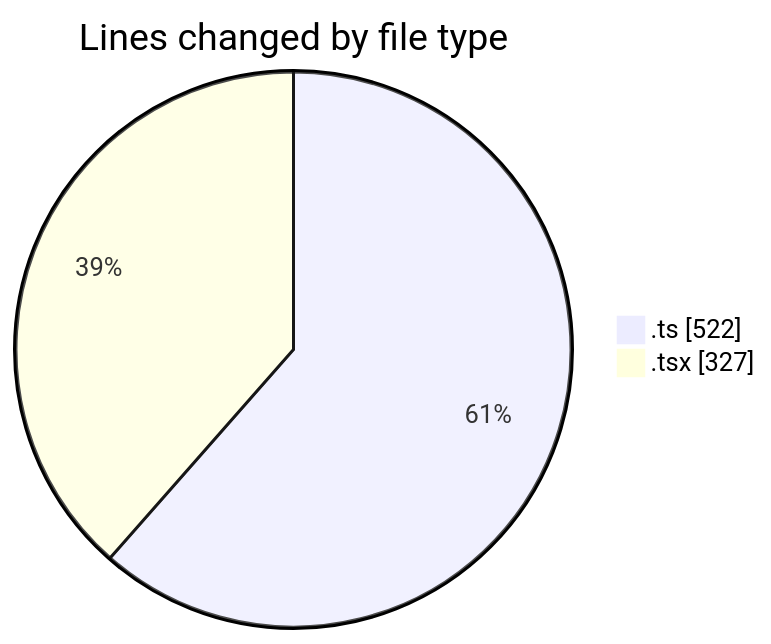
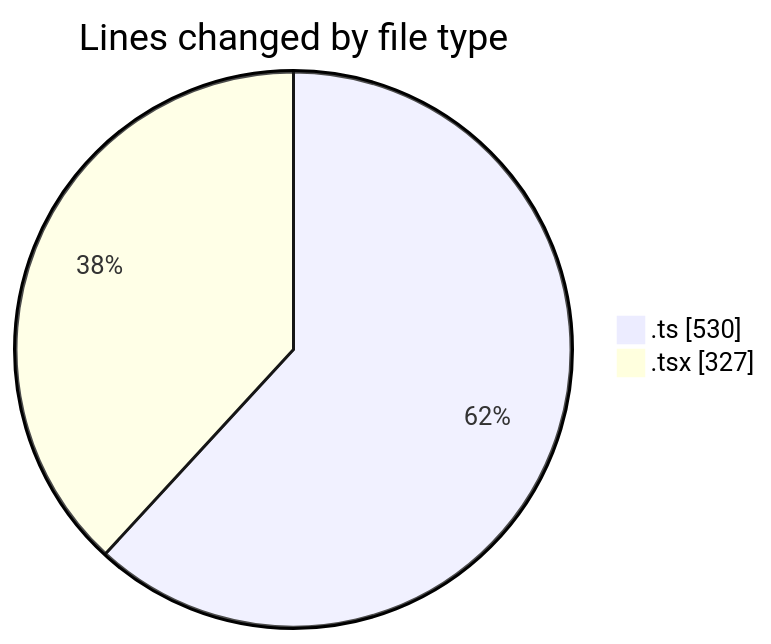
The first of 2 diagrams in 2025-09-02/cda/README.md (momahboobian/code-tracking), drawn with Mermaid before and after one commit. The commit also changed other lines of this file and 1 other file, not shown here.

````diff
--- a/2025-09-02/cda/README.md
+++ b/2025-09-02/cda/README.md
@@ -27,6 +27,6 @@
 ```mermaid
 pie showData
 title Lines changed by file type
-".ts" : 522
+".ts" : 530
 ".tsx" : 327
 ```
````
